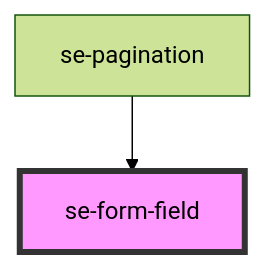
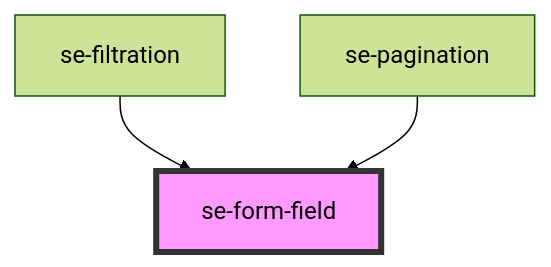
The diagram in libs/core/src/components/form-field/readme.md (robbiemcmullense/se-web-ui), drawn with Mermaid (forest theme) before and after one commit. The commit also changed other lines of this file and 12 other files, not shown here.

````diff
--- a/libs/core/src/components/form-field/readme.md
+++ b/libs/core/src/components/form-field/readme.md
@@ -39,5 +40,6 @@
 ```mermaid
 graph TD;
+  se-filtration --> se-form-field
   se-pagination --> se-form-field
   style se-form-field fill:#f9f,stroke:#333,stroke-width:4px
 ```
````
